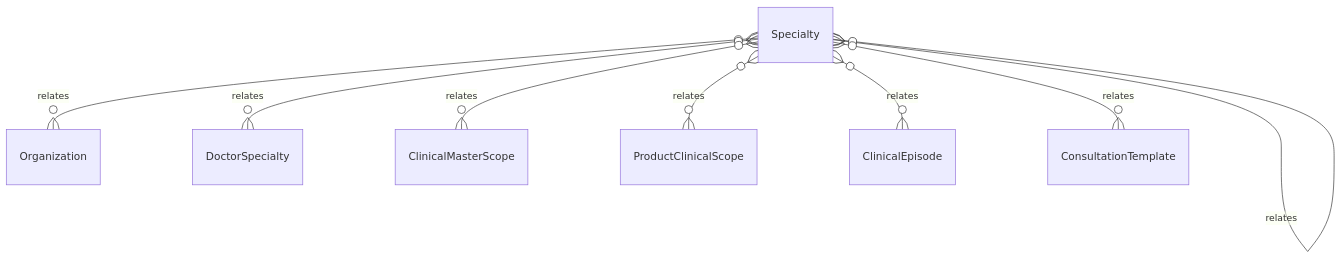
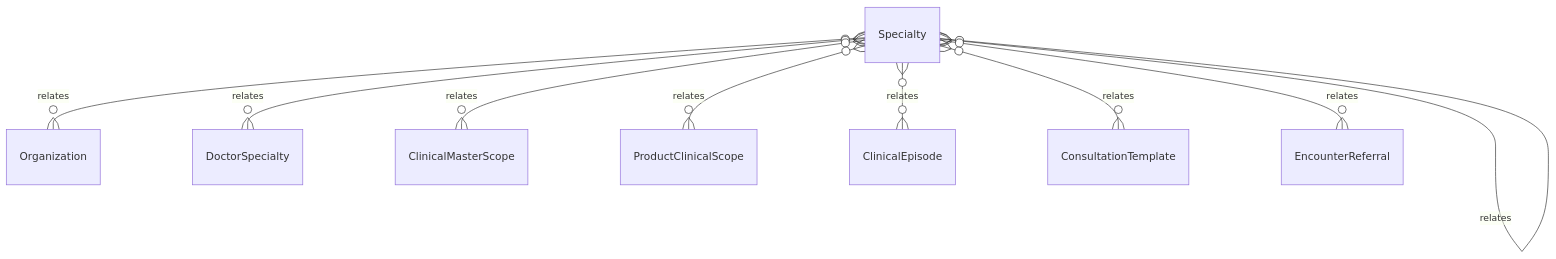
One commit to tejasnirala/rcln changed the diagram in .kb/Database/Specialty.md. Above: the diagram before and after it, drawn with Mermaid. The commit also changed other lines of this file and 109 other files, not shown here.

````diff
--- a/.kb/Database/Specialty.md
+++ b/.kb/Database/Specialty.md
@@ -56,10 +57,11 @@
 ```mermaid
 erDiagram
     Specialty }o--o{ Organization : relates
     Specialty }o--o{ Specialty : relates
     Specialty }o--o{ DoctorSpecialty : relates
     Specialty }o--o{ ClinicalMasterScope : relates
     Specialty }o--o{ ProductClinicalScope : relates
     Specialty }o--o{ ClinicalEpisode : relates
     Specialty }o--o{ ConsultationTemplate : relates
+    Specialty }o--o{ EncounterReferral : relates
 ```
````
